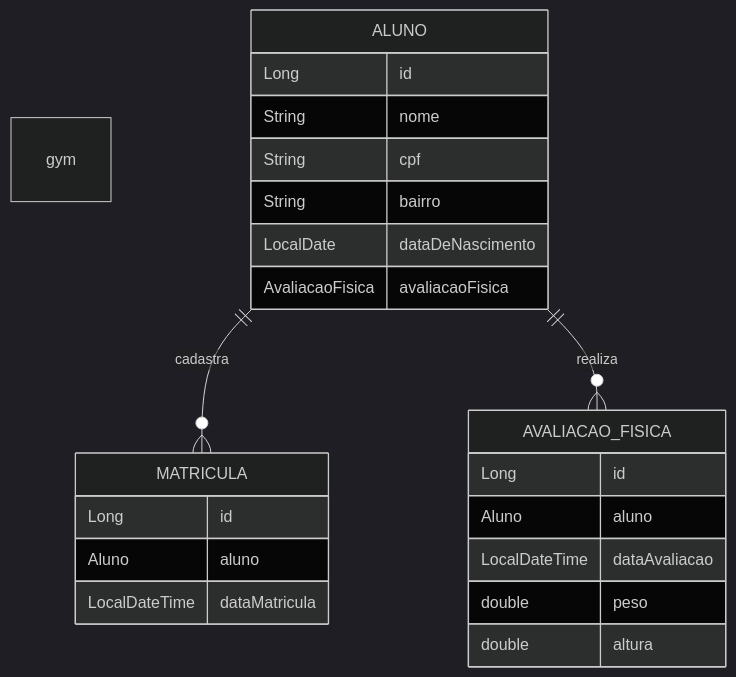
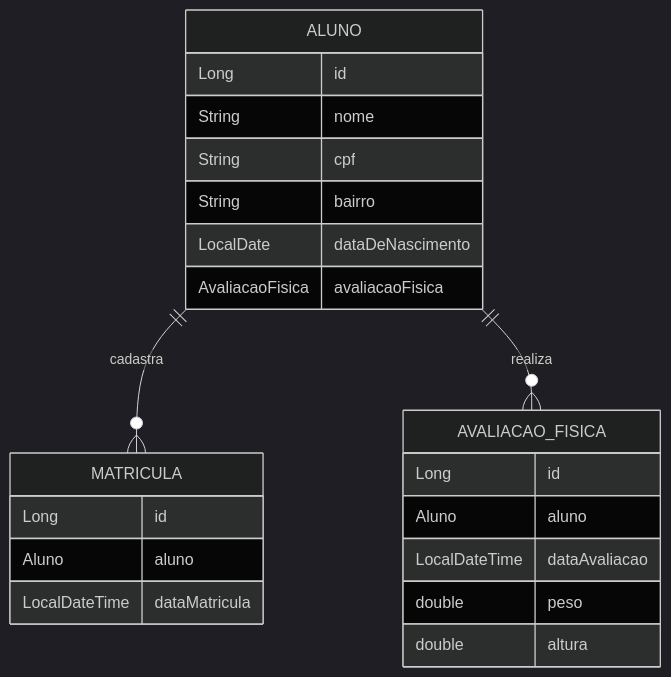
Before and after one commit to tfalc/CadimiaApp: the diagram in README.md, drawn with Mermaid (dark theme). The commit also changed other lines of this file, not shown here.

````diff
--- a/README.md
+++ b/README.md
@@ -3,28 +11,28 @@
 ```mermaid
-erDiagram gym
+erDiagram
 
 ALUNO ||--o{ MATRICULA : cadastra
     ALUNO { 
         Long id
         String nome
         String cpf
         String bairro
         LocalDate dataDeNascimento
         AvaliacaoFisica avaliacaoFisica
 }
 
 ALUNO ||--o{ AVALIACAO_FISICA : realiza 
     AVALIACAO_FISICA { 
         Long id
         Aluno aluno
         LocalDateTime dataAvaliacao
         double peso
         double altura
  }
  
 MATRICULA {
     Long id
     Aluno aluno
     LocalDateTime dataMatricula
 }
 ```
````
